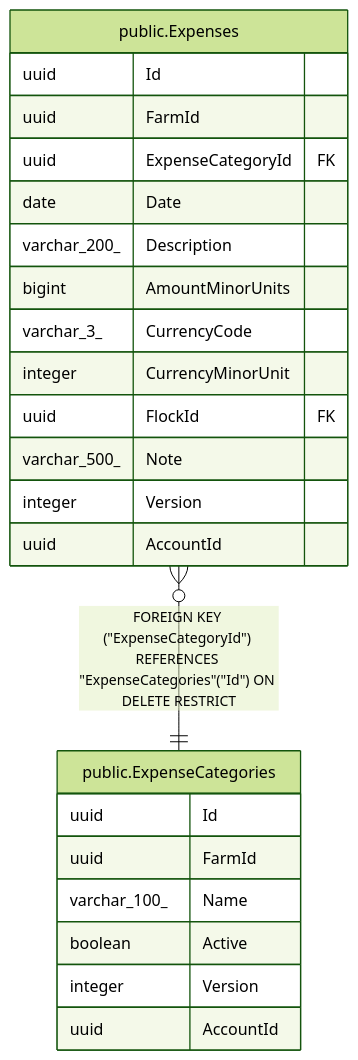
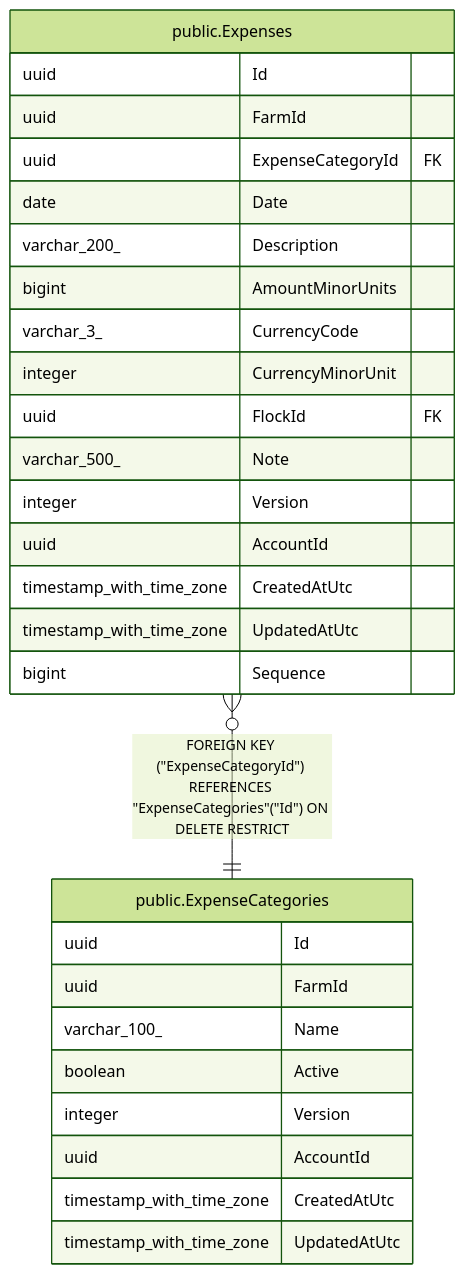
Before and after one commit to mforce/cluckwork: the diagram in docs/schema/public.ExpenseCategories.md, drawn with Mermaid (forest theme). The commit also changed other lines of this file and 105 other files, not shown here.

````diff
--- a/docs/schema/public.ExpenseCategories.md
+++ b/docs/schema/public.ExpenseCategories.md
@@ -41,28 +51,33 @@
 ```mermaid
 erDiagram
 
 "public.Expenses" }o--|| "public.ExpenseCategories" : "FOREIGN KEY (#quot;ExpenseCategoryId#quot;) REFERENCES #quot;ExpenseCategories#quot;(#quot;Id#quot;) ON DELETE RESTRICT"
 
 "public.ExpenseCategories" {
   uuid Id
   uuid FarmId
   varchar_100_ Name
   boolean Active
   integer Version
   uuid AccountId
+  timestamp_with_time_zone CreatedAtUtc
+  timestamp_with_time_zone UpdatedAtUtc
 }
 "public.Expenses" {
   uuid Id
   uuid FarmId
   uuid ExpenseCategoryId FK
   date Date
   varchar_200_ Description
   bigint AmountMinorUnits
   varchar_3_ CurrencyCode
   integer CurrencyMinorUnit
   uuid FlockId FK
   varchar_500_ Note
   integer Version
   uuid AccountId
+  timestamp_with_time_zone CreatedAtUtc
+  timestamp_with_time_zone UpdatedAtUtc
+  bigint Sequence
 }
 ```
````
